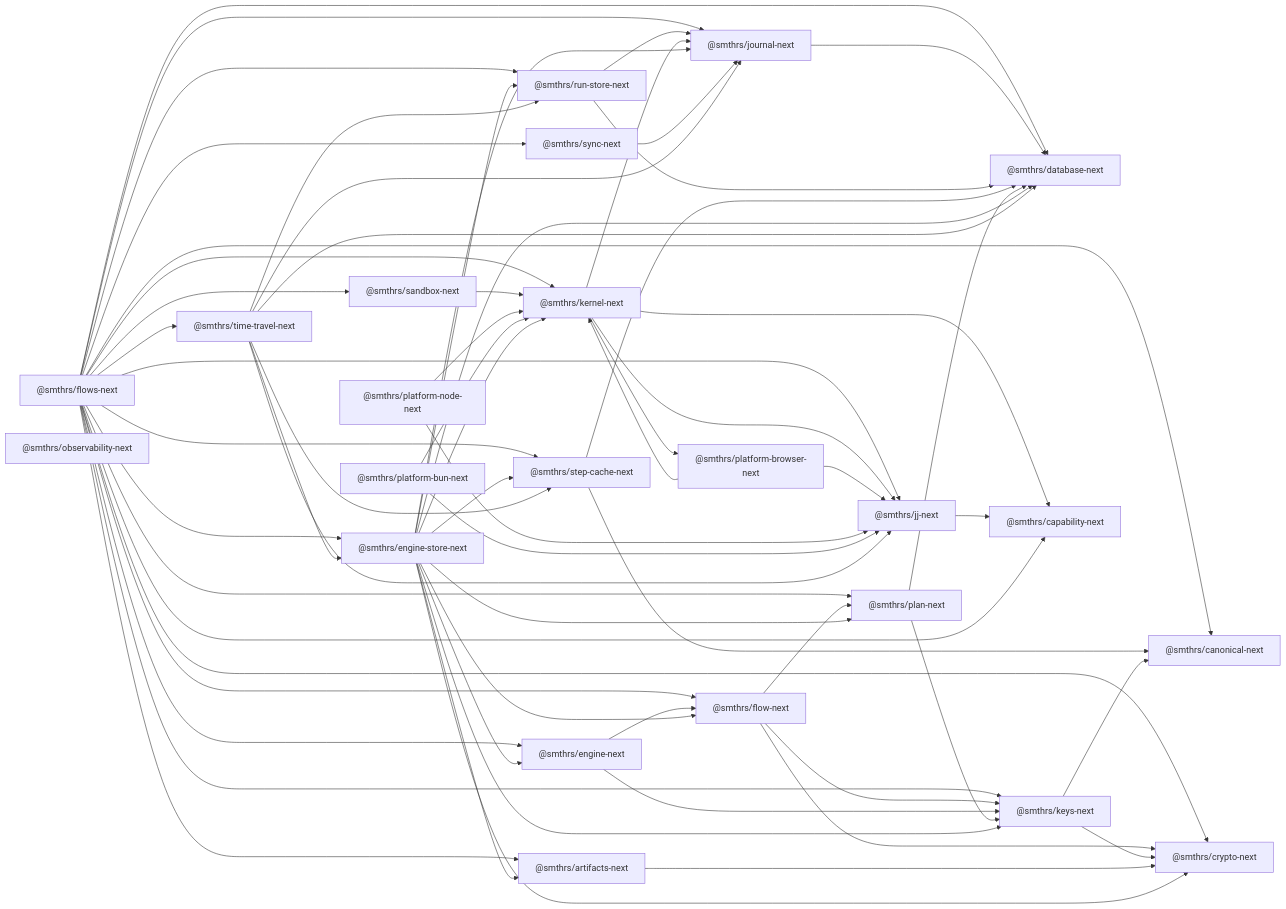
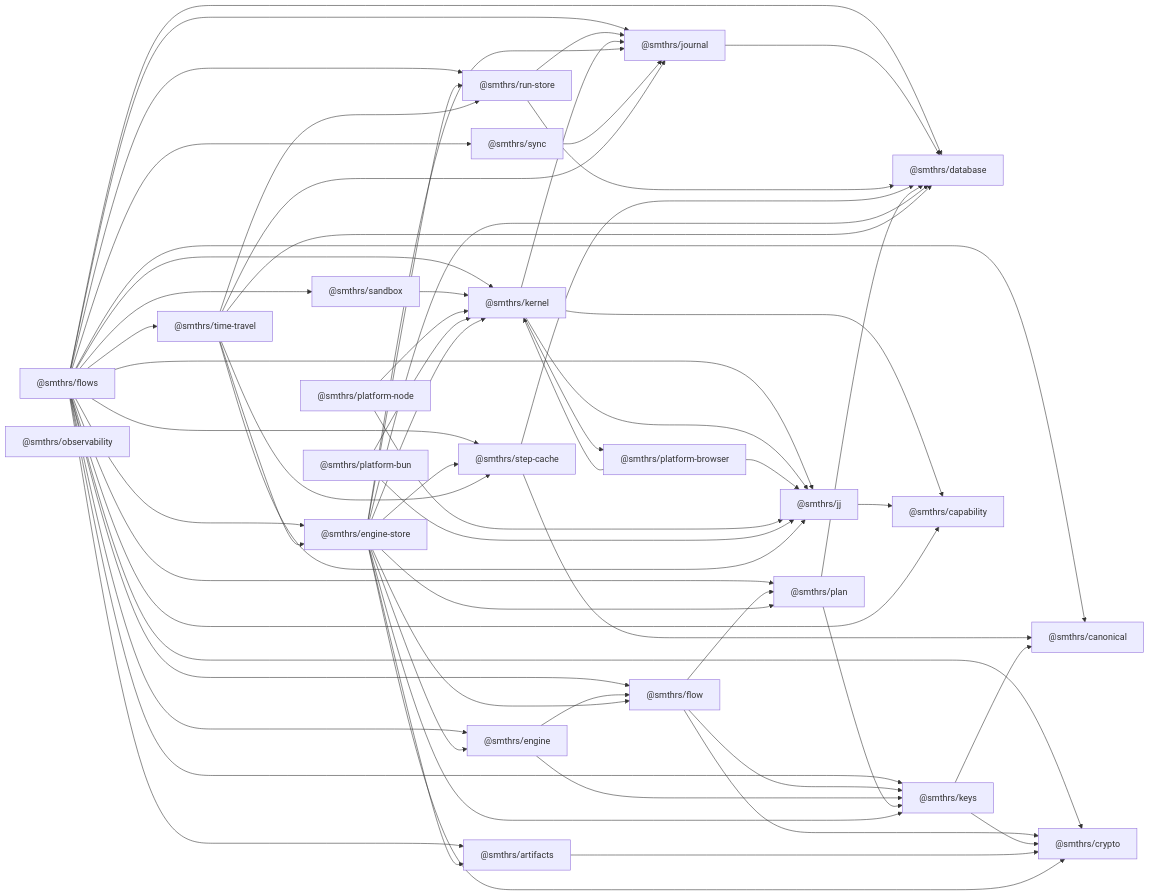
The diagram in docs/pages/package-structure.md (smithersai/flows), drawn with Mermaid before and after one commit. The commit also changed other lines of this file and 793 other files, not shown here.

````diff
--- a/docs/pages/package-structure.md
+++ b/docs/pages/package-structure.md
@@ -58,28 +58,28 @@
 ```mermaid
 flowchart LR
-  FLOWS["@smthrs/flows-next"]
-  TT["@smthrs/time-travel-next"]
-  ES["@smthrs/engine-store-next"]
-  SYNC["@smthrs/sync-next"]
-  KERNEL["@smthrs/kernel-next"]
-  FLOW["@smthrs/flow-next"]
-  ENGINE["@smthrs/engine-next"]
-  JOURNAL["@smthrs/journal-next"]
-  RUNSTORE["@smthrs/run-store-next"]
-  STEPCACHE["@smthrs/step-cache-next"]
-  DB["@smthrs/database-next"]
-  JJ["@smthrs/jj-next"]
-  SANDBOX["@smthrs/sandbox-next"]
-  PB["@smthrs/platform-browser-next"]
-  PN["@smthrs/platform-node-next"]
-  PBUN["@smthrs/platform-bun-next"]
-  KEYS["@smthrs/keys-next"]
-  PLAN["@smthrs/plan-next"]
-  ART["@smthrs/artifacts-next"]
-  CRYPTO["@smthrs/crypto-next"]
-  CANONICAL["@smthrs/canonical-next"]
-  CAP["@smthrs/capability-next"]
-  OBS["@smthrs/observability-next"]
+  FLOWS["@smthrs/flows"]
+  TT["@smthrs/time-travel"]
+  ES["@smthrs/engine-store"]
+  SYNC["@smthrs/sync"]
+  KERNEL["@smthrs/kernel"]
+  FLOW["@smthrs/flow"]
+  ENGINE["@smthrs/engine"]
+  JOURNAL["@smthrs/journal"]
+  RUNSTORE["@smthrs/run-store"]
+  STEPCACHE["@smthrs/step-cache"]
+  DB["@smthrs/database"]
+  JJ["@smthrs/jj"]
+  SANDBOX["@smthrs/sandbox"]
+  PB["@smthrs/platform-browser"]
+  PN["@smthrs/platform-node"]
+  PBUN["@smthrs/platform-bun"]
+  KEYS["@smthrs/keys"]
+  PLAN["@smthrs/plan"]
+  ART["@smthrs/artifacts"]
+  CRYPTO["@smthrs/crypto"]
+  CANONICAL["@smthrs/canonical"]
+  CAP["@smthrs/capability"]
+  OBS["@smthrs/observability"]
 
   KERNEL --> CAP
   JJ --> CAP
````
